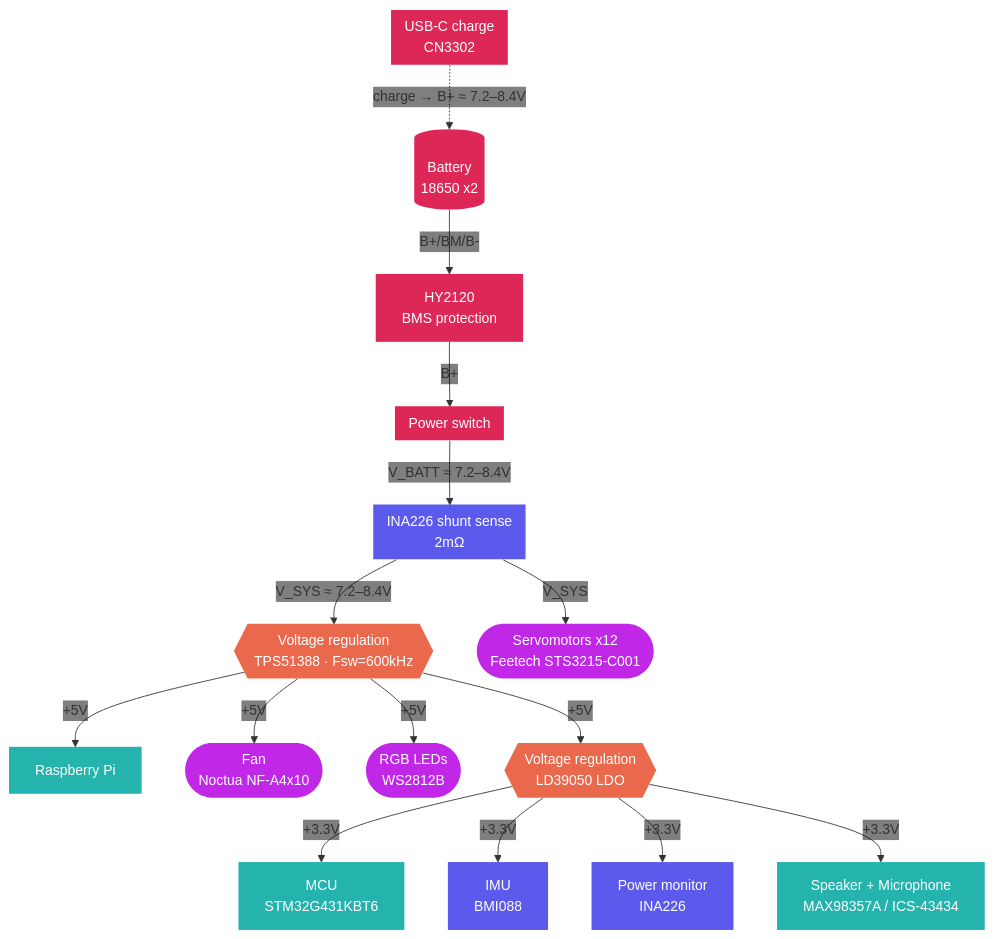
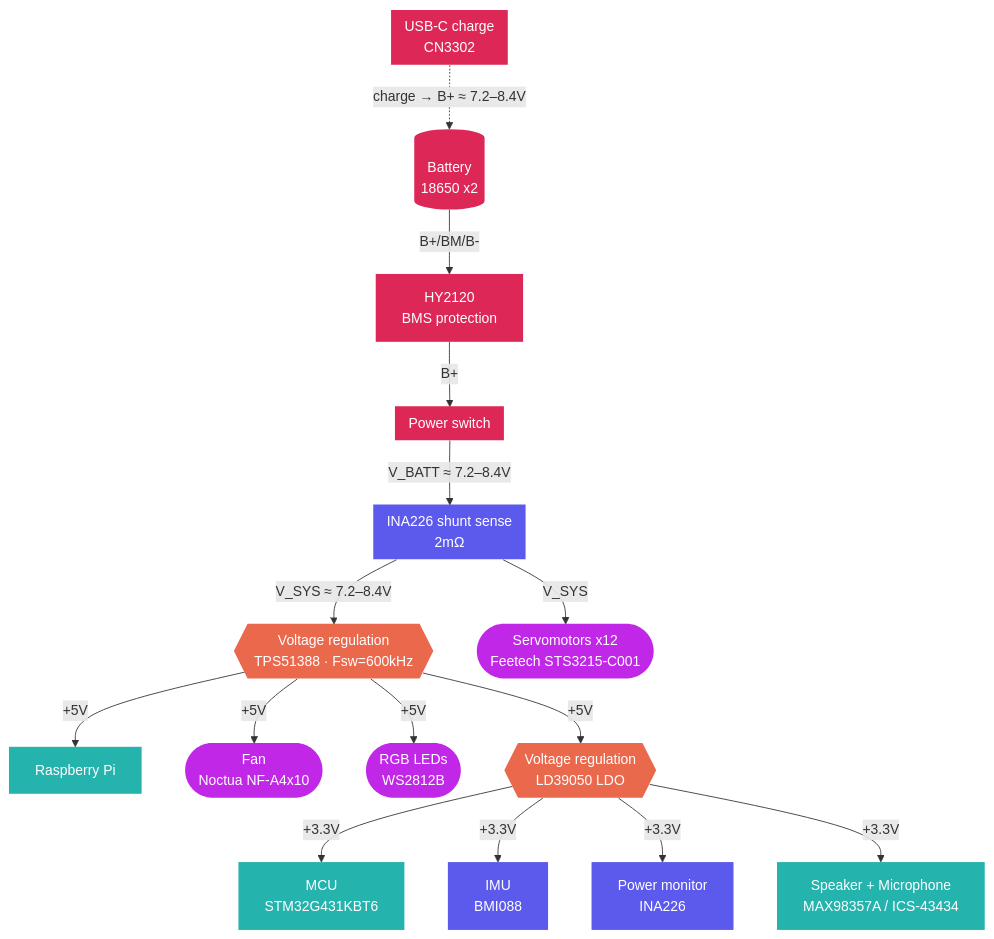
One commit to Mowibox/chroma changed the diagram in content/en/chromapi/specifications/electrical.md. Above: the diagram before and after it, drawn with Mermaid. The commit also changed other lines of this file and 6 other files, not shown here.

````diff
--- a/content/en/chromapi/specifications/electrical.md
+++ b/content/en/chromapi/specifications/electrical.md
@@ -73,33 +73,33 @@
 ```mermaid
-%%{init: {'themeVariables': {'edgeLabelBackground':'transparent'}}}%%
+%%{init: {'themeCSS': '.edgeLabel, .edgeLabel p, .labelBkg { background-color: transparent !important; } .edgeLabel rect { fill: transparent !important; }'}}%%
 flowchart TD
     CHG[["USB-C charge<br/>CN3302"]] -.->|"charge → B+ ≈ 7.2–8.4V"| CELLS[("Battery<br/>18650 x2")]
     CELLS -->|"B+/BM/B-"| HY["HY2120<br/>BMS protection"]
     HY -->|"B+"| SW[["Power switch"]]
 
     SW -->|"V_BATT ≈ 7.2–8.4V"| SHUNT[["INA226 shunt sense<br/>2mΩ"]]
     SHUNT -->|"V_SYS ≈ 7.2–8.4V"| REG5{{"Voltage regulation<br/>TPS51388 · Fsw=600kHz"}}
     SHUNT -->|"V_SYS"| SERVOS(["Servomotors x12<br/>Feetech STS3215-C001"])
 
     REG5 -->|"+5V"| RPI["Raspberry Pi"]
     REG5 -->|"+5V"| FANPWR(["Fan<br/>Noctua NF-A4x10"])
     REG5 -->|"+5V"| LEDPWR(["RGB LEDs<br/>WS2812B"])
     REG5 -->|"+5V"| REG33{{"Voltage regulation<br/>LD39050 LDO"}}
 
     REG33 -->|"+3.3V"| MCU["MCU<br/>STM32G431KBT6"]
     REG33 -->|"+3.3V"| IMU["IMU<br/>BMI088"]
     REG33 -->|"+3.3V"| INA["Power monitor<br/>INA226"]
     REG33 -->|"+3.3V"| AUDIO["Speaker + Microphone<br/>MAX98357A / ICS-43434"]
 
     classDef power fill:#dd2757,color:#ffffff,stroke:none
     classDef voltreg fill:#ea684c,color:#ffffff,stroke:none
     classDef ic fill:#25b3ae,color:#ffffff,stroke:none
     classDef actuator fill:#c027e7,color:#ffffff,stroke:none
     classDef sensor fill:#5c5aed,color:#ffffff,stroke:none
 
     class CHG,CELLS,HY,SW power
     class REG5,REG33 voltreg
     class MCU,RPI,AUDIO ic
     class SERVOS,FANPWR,LEDPWR actuator
     class SHUNT,IMU,INA sensor
 ```
````
